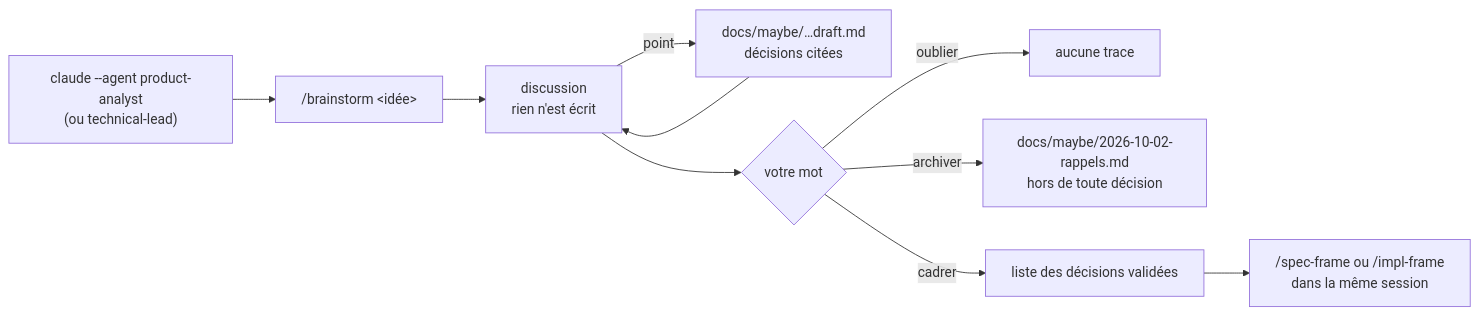
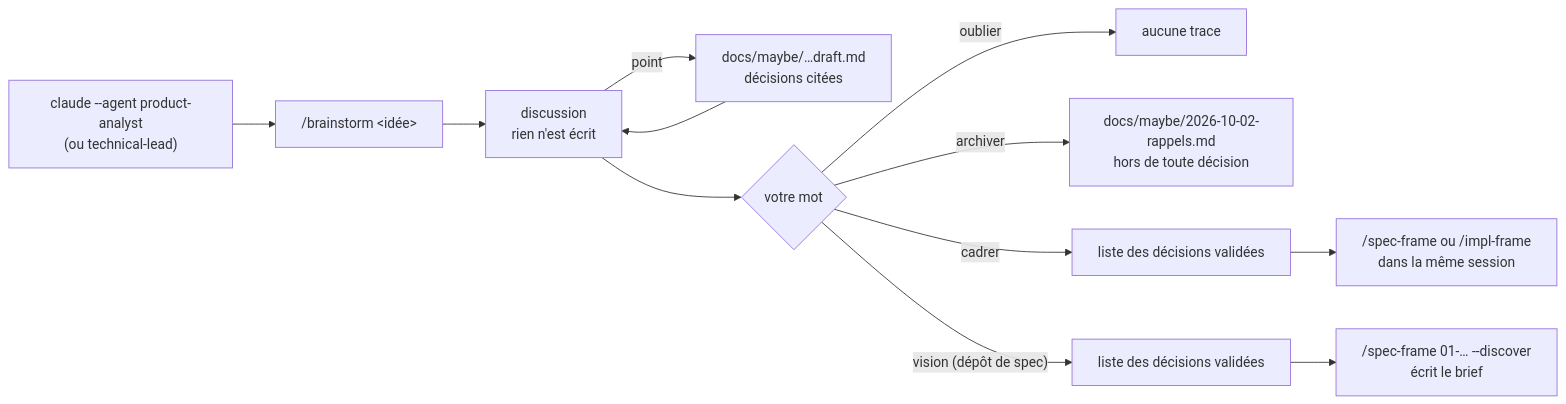
One commit to peugene/delivery-method changed the second of 6 diagrams in docs/guide.md. Above: the diagram before and after it, drawn with Mermaid. The commit also changed other lines of this file and 9 other files, not shown here.

First line of the commit message:
Add the closing word vision and the brief written by the analyst

````diff
--- a/docs/guide.md
+++ b/docs/guide.md
@@ -93,12 +97,14 @@
 ```mermaid
 flowchart LR
     S["claude --agent product-analyst<br/>(ou technical-lead)"] --> A["/brainstorm &lt;idée&gt;"]
     A --> B[discussion<br/>rien n'est écrit]
     B -- point --> P["docs/maybe/…draft.md<br/>décisions citées"]
     P --> B
     B --> C{votre mot}
     C -- oublier --> D[aucune trace]
     C -- archiver --> E["docs/maybe/2026-10-02-rappels.md<br/>hors de toute décision"]
     C -- cadrer --> F["liste des décisions validées"]
     F --> G["/spec-frame ou /impl-frame<br/>dans la même session"]
+    C -- "vision (dépôt de spec)" --> V["liste des décisions validées"]
+    V --> W["/spec-frame 01-… --discover<br/>écrit le brief"]
 ```
````
